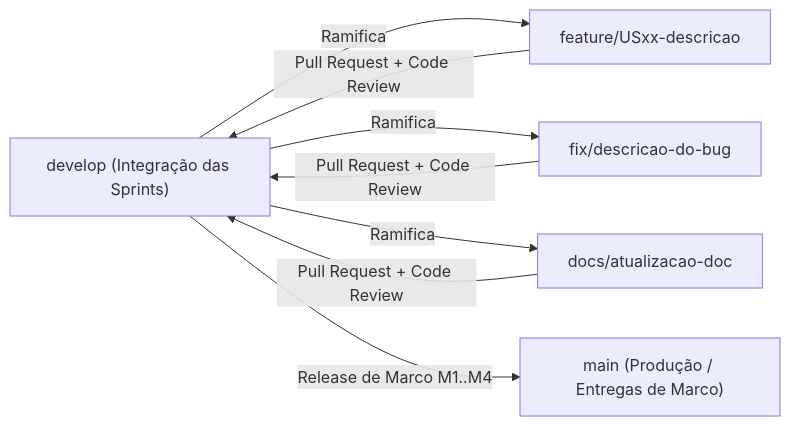
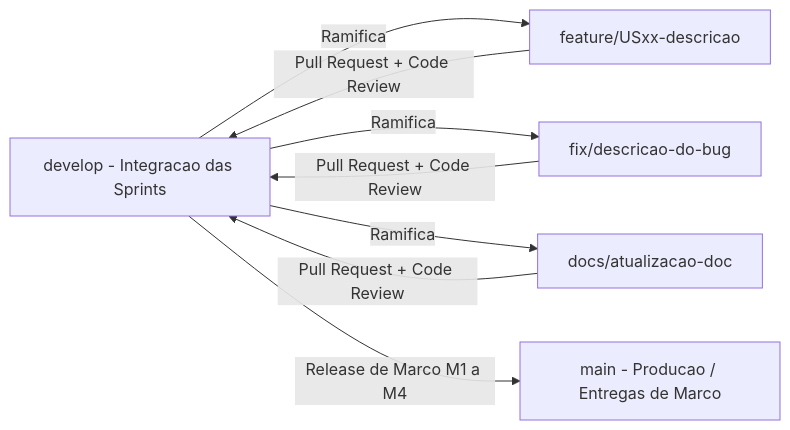
One commit to projeto-extensionista-11/Sistema-de-Gest-o-de-Vagas-e-Adapta-o-de-Transporte-Escolar-Inclusivo changed the diagram in CONTRIBUTING.md. Above: the diagram before and after it, drawn with Mermaid. The commit also changed 2 other files, not shown here.

Commit message:
fix(docs): quote Mermaid edge labels and use br tags for GitHub rendering

````diff
--- a/CONTRIBUTING.md
+++ b/CONTRIBUTING.md
@@ -21,16 +21,16 @@
 ```mermaid
 flowchart LR
-    main["main (Produção / Entregas de Marco)"]
-    develop["develop (Integração das Sprints)"]
+    main["main - Producao / Entregas de Marco"]
+    develop["develop - Integracao das Sprints"]
     feature["feature/USxx-descricao"]
     fix["fix/descricao-do-bug"]
     docs["docs/atualizacao-doc"]
 
-    develop -->|Ramifica| feature
-    develop -->|Ramifica| fix
-    develop -->|Ramifica| docs
-    feature -->|Pull Request + Code Review| develop
-    fix -->|Pull Request + Code Review| develop
-    docs -->|Pull Request + Code Review| develop
-    develop -->|Release de Marco M1..M4| main
+    develop -->|"Ramifica"| feature
+    develop -->|"Ramifica"| fix
+    develop -->|"Ramifica"| docs
+    feature -->|"Pull Request + Code Review"| develop
+    fix -->|"Pull Request + Code Review"| develop
+    docs -->|"Pull Request + Code Review"| develop
+    develop -->|"Release de Marco M1 a M4"| main
 ```
````
